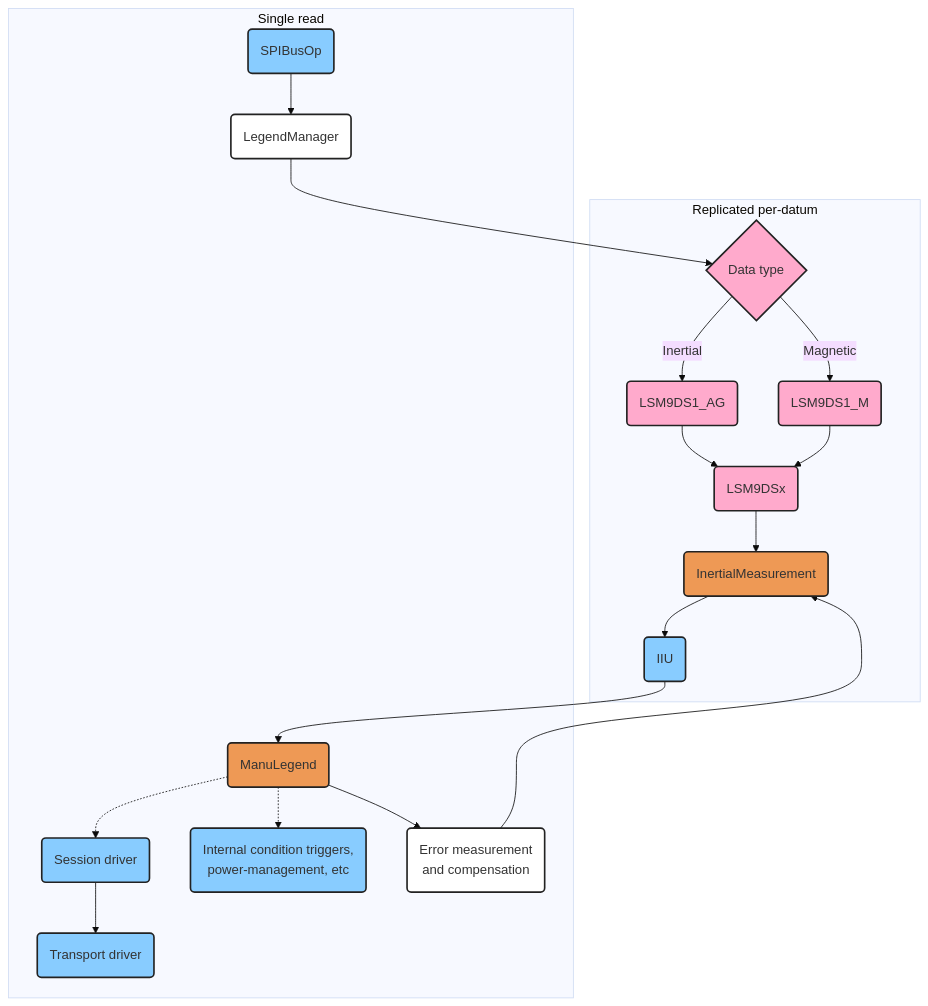
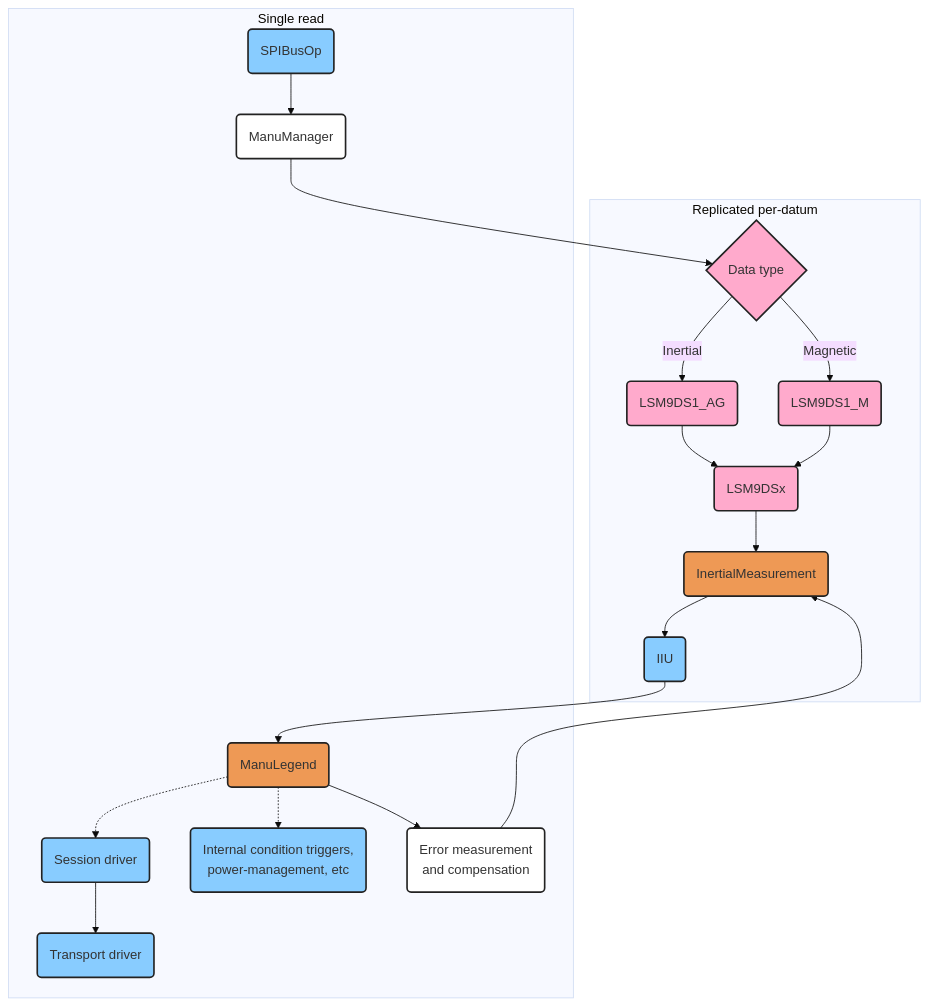
One commit to Manuvr/Digitabulum-Firmware changed the third of 3 diagrams in doc/NOTES.md. Above: the diagram before and after it, drawn with Mermaid (base theme). The commit also changed 12 other files, not shown here.

````diff
--- a/doc/NOTES.md
+++ b/doc/NOTES.md
@@ -53,54 +53,54 @@
   ```{mermaid}
   graph TD
     h(SPIBusOp)
     i(LSM9DS1_AG)
     j(LSM9DS1_M)
     k(LSM9DSx)
     m(InertialMeasurement)
-    n(LegendManager)
+    n(ManuManager)
     o(IIU)
     p(ManuLegend)
 
     q(Session driver)
     r(Transport driver)
     s(Internal condition triggers,<br /> power-management, etc)
     t(Error measurement<br /> and compensation)
 
     z{Data type}
 
     subgraph Replicated per-datum
     z -->|Inertial| i
     z -->|Magnetic| j
     i --> k
     j --> k
     k --> m
     m --> o
     end
 
     subgraph Single read
     t --> m
     p --> t
     h --> n
     n --> z
     o --> p
     p -.-> s
     p -.-> q
     q --> r
     end
 
     style h fill:#8Cf,stroke:#222,stroke-width:2px;
     style i fill:#fac,stroke:#222,stroke-width:2px;
     style j fill:#fac,stroke:#222,stroke-width:2px;
     style k fill:#fac,stroke:#222,stroke-width:2px;
     style m fill:#e95,stroke:#222,stroke-width:2px;
     style n fill:#fff,stroke:#222,stroke-width:2px;
 
     style o fill:#8Cf,stroke:#222,stroke-width:2px;
     style p fill:#e95,stroke:#222,stroke-width:2px;
     style q fill:#8Cf,stroke:#222,stroke-width:2px;
     style r fill:#8Cf,stroke:#222,stroke-width:2px;
     style s fill:#8Cf,stroke:#222,stroke-width:2px;
     style t fill:#fff,stroke:#222,stroke-width:2px;
 
     style z fill:#fac,stroke:#222,stroke-width:2px;
   ```
````
